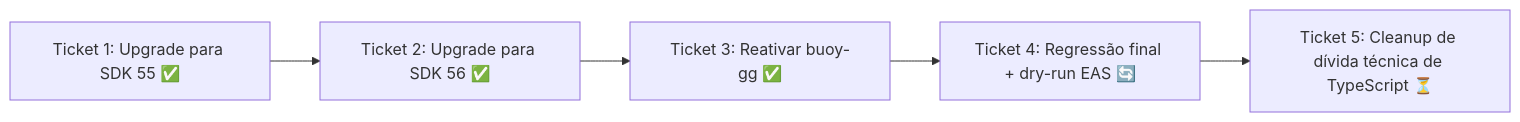
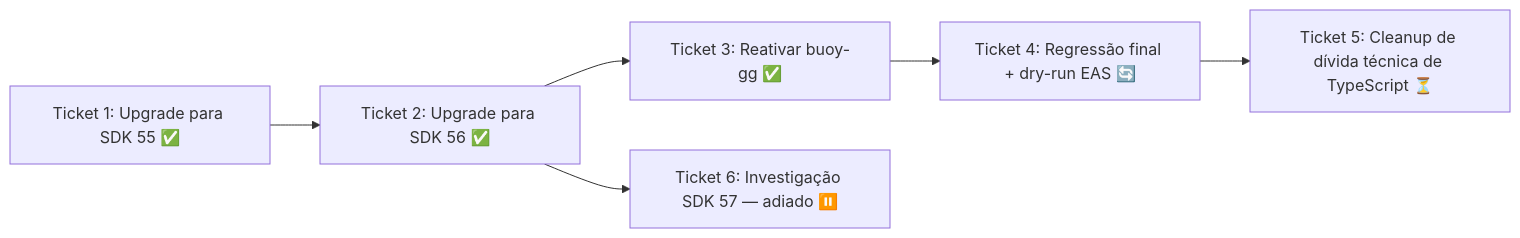
The diagram in plans/epic-1-sdk-upgrade/tickets.md (oikos-circular-environment/mobile), drawn with Mermaid before and after one commit. The commit also changed other lines of this file and 3 other files, not shown here.

````diff
--- a/plans/epic-1-sdk-upgrade/tickets.md
+++ b/plans/epic-1-sdk-upgrade/tickets.md
@@ -3,7 +3,8 @@
 ```mermaid
 graph LR
     T1[Ticket 1: Upgrade para SDK 55 ✅] --> T2[Ticket 2: Upgrade para SDK 56 ✅]
     T2 --> T3[Ticket 3: Reativar buoy-gg ✅]
     T3 --> T4[Ticket 4: Regressão final + dry-run EAS 🔄]
     T4 --> T5[Ticket 5: Cleanup de dívida técnica de TypeScript ⏳]
+    T2 --> T6[Ticket 6: Investigação SDK 57 — adiado ⏸️]
 ```
````
